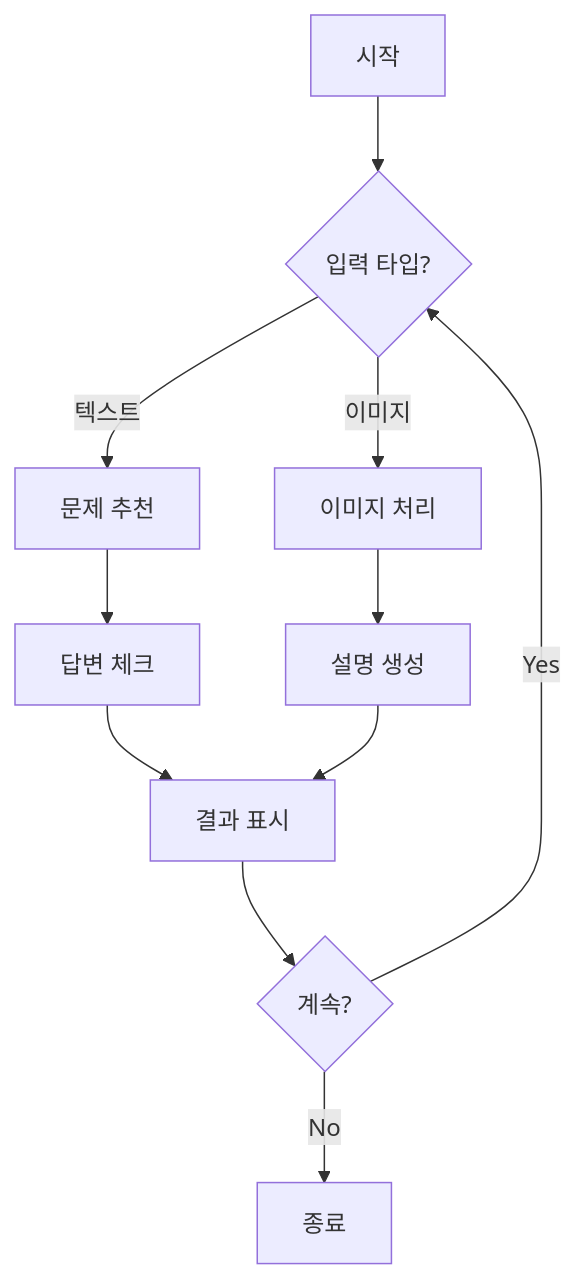
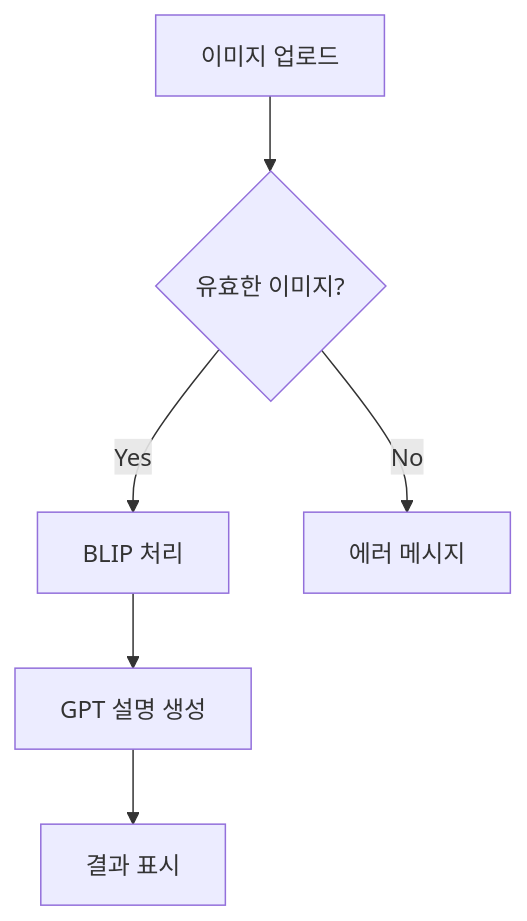
One commit to SKNETWORKS-FAMILY-AICAMP/SKN03-4th-3Team changed the seventh of 8 diagrams in README.md. Above: the diagram before and after it, drawn with Mermaid. The commit also changed other lines of this file, not shown here.

````diff
--- a/README.md
+++ b/README.md
@@ -114,13 +184,8 @@
 ```mermaid
 flowchart TD
-    A[시작] --> B{입력 타입?}
-    B -->|텍스트| C[문제 추천]
-    B -->|이미지| D[이미지 처리]
-    C --> E[답변 체크]
-    D --> F[설명 생성]
-    E --> G[결과 표시]
-    F --> G
-    G --> H{계속?}
-    H -->|Yes| B
-    H -->|No| I[종료]
+    A[이미지 업로드] --> B{유효한 이미지?}
+    B -->|Yes| C[BLIP 처리]
+    B -->|No| D[에러 메시지]
+    C --> E[GPT 설명 생성]
+    E --> F[결과 표시]
 ```
````
